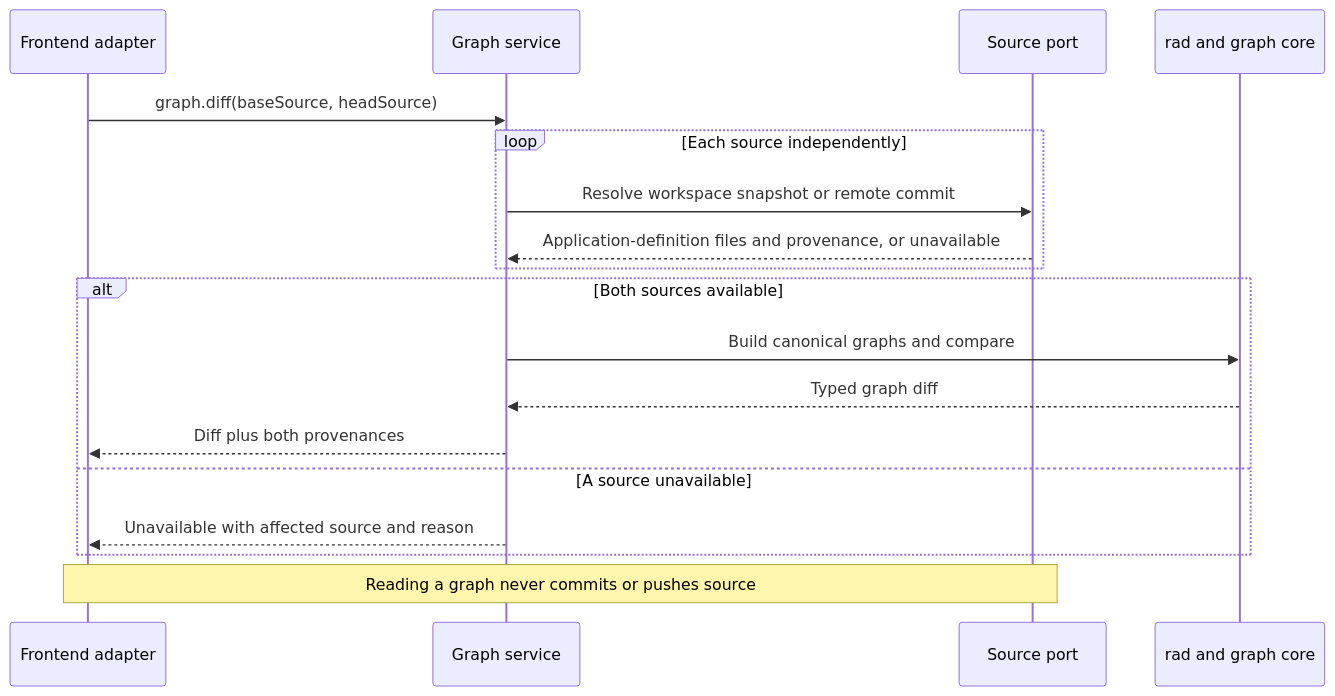
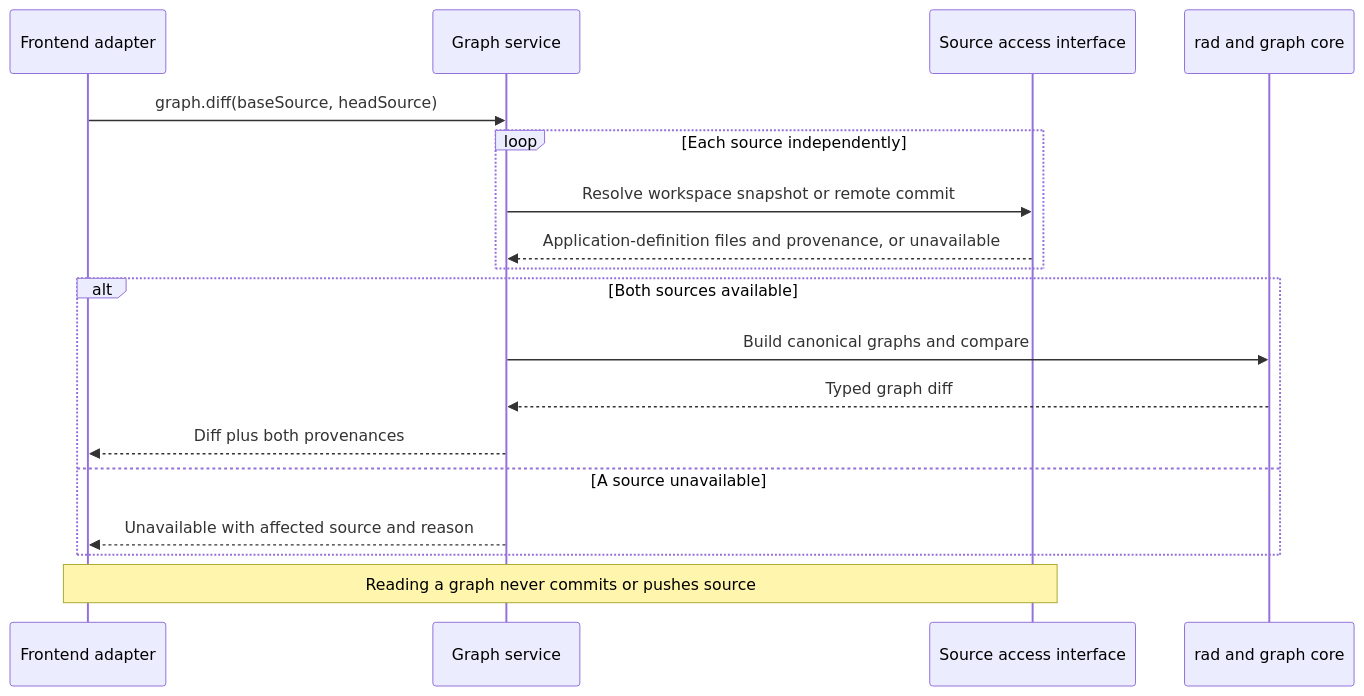
Before and after one commit to radius-project/radius: the third of 4 diagrams in docs/architecture/repo-radius.md, drawn with Mermaid. The commit also changed other lines of this file, not shown here.

````diff
--- a/docs/architecture/repo-radius.md
+++ b/docs/architecture/repo-radius.md
@@ -294,20 +294,20 @@
 ```mermaid
 sequenceDiagram
     participant F as Frontend adapter
     participant S as Graph service
-    participant R as Source port
+    participant R as Source access interface
     participant G as rad and graph core
     F->>S: graph.diff(baseSource, headSource)
     loop Each source independently
         S->>R: Resolve workspace snapshot or remote commit
         R-->>S: Application-definition files and provenance, or unavailable
     end
     alt Both sources available
         S->>G: Build canonical graphs and compare
         G-->>S: Typed graph diff
         S-->>F: Diff plus both provenances
     else A source unavailable
         S-->>F: Unavailable with affected source and reason
     end
     Note over F,R: Reading a graph never commits or pushes source
 ```
````
